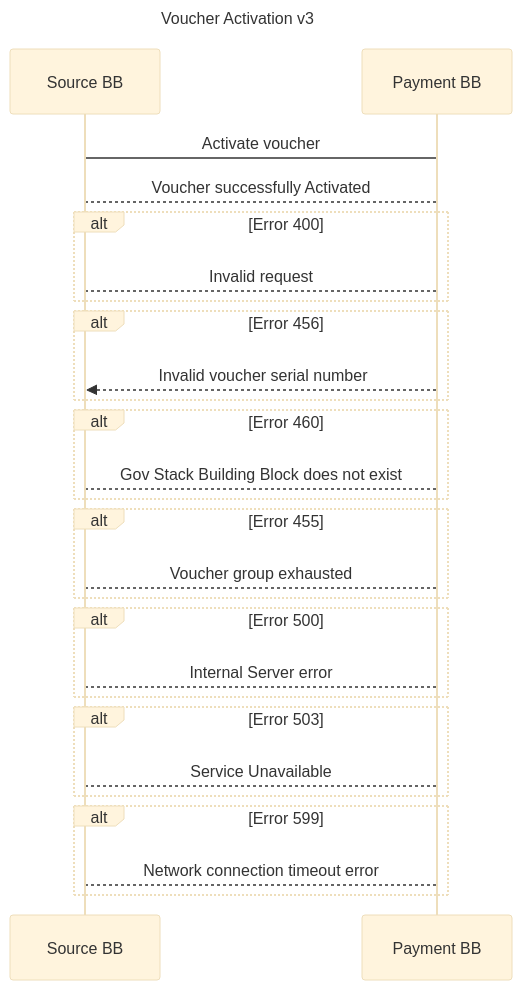
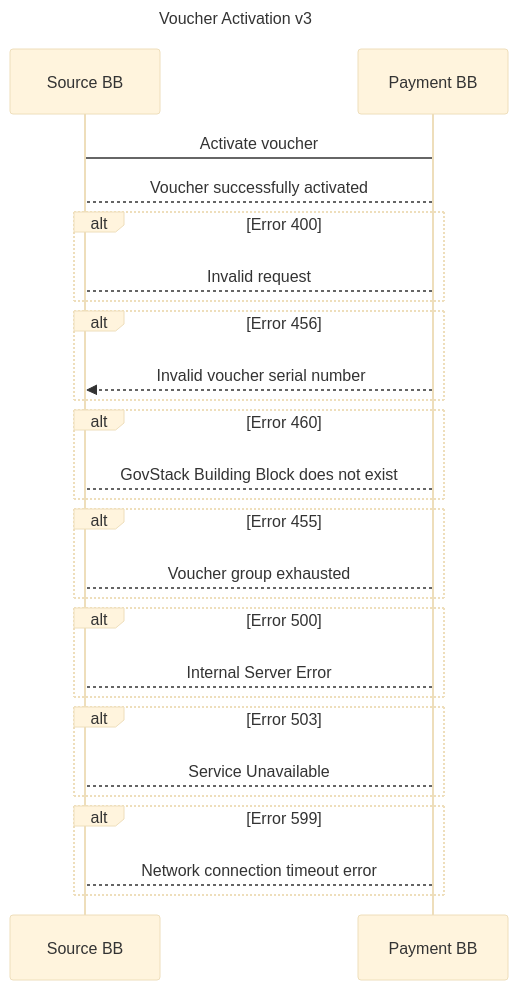
Before and after one commit to GovStackWorkingGroup/bb-payments: the second of 4 diagrams in spec/9-internal-workflows/9.2-voucher-payments.md, drawn with Mermaid (base theme). The commit also changed other lines of this file and 22 other files, not shown here.

````diff
--- a/spec/9-internal-workflows/9.2-voucher-payments.md
+++ b/spec/9-internal-workflows/9.2-voucher-payments.md
@@ -43,35 +52,35 @@
 ```mermaid
 sequenceDiagram
 title Voucher Activation v3
 
 Source BB->Payment BB: Activate voucher
-Payment BB-->Source BB: Voucher successfully Activated
+Payment BB-->Source BB: Voucher successfully activated
 
 alt Error 400
     Payment BB-->Source BB: Invalid request
 end
 
 alt Error 456
     Payment BB-->>Source BB: Invalid voucher serial number
 end
 
 alt Error 460
-    Payment BB-->Source BB: Gov Stack Building Block does not exist
+    Payment BB-->Source BB: GovStack Building Block does not exist
 end
 
 alt Error 455
     Payment BB-->Source BB: Voucher group exhausted
 end
 
 alt Error 500
-    Payment BB-->Source BB: Internal Server error
+    Payment BB-->Source BB: Internal Server Error
 end
 
 alt Error 503
     Payment BB-->Source BB: Service Unavailable
 end
 
 alt Error 599
     Payment BB-->Source BB: Network connection timeout error
 end
 ```
````
